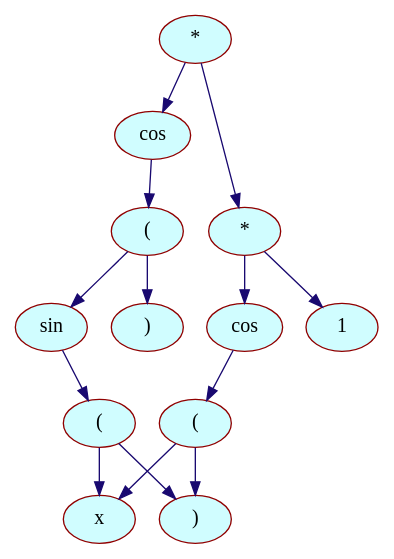
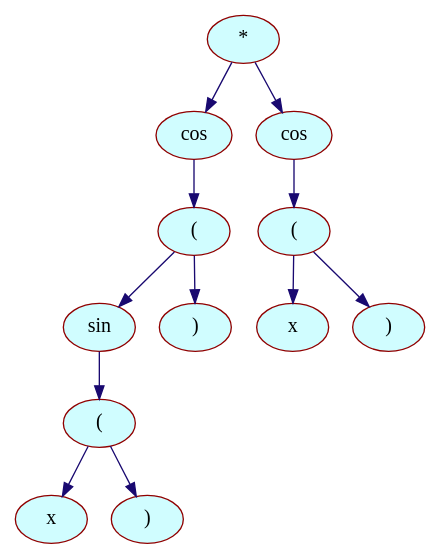
Before and after one commit to Agustangel/Differentiator: the diagram in graphdump.dot, drawn with Graphviz. The commit also changed 5 other files, not shown here.

```diff
--- a/graphdump.dot
+++ b/graphdump.dot
@@ -1,45 +1,39 @@
 digraph {
 	node[shape = "cube", color = "#800000", fontsize = 15, style = "filled", fillcolor = "#88CEFA"];
 	edge[color = "#190970", fontsize = 11];
 
-		"*_0x564a8a338ac0"[shape = "ellipse", label = "*", color="#900000",                                style="filled", fillcolor = "#D0FDFF"];
-		"*_0x564a8a338ac0"->"cos_0x564a8a338a80";
+		"*_0x5597c5eb5980"[shape = "ellipse", label = "*", color="#900000",                                style="filled", fillcolor = "#D0FDFF"];
+		"*_0x5597c5eb5980"->"cos_0x5597c5eb5940";
 
-		"cos_0x564a8a338a80"[shape = "ellipse", label = "cos", color="#900000",                                style="filled", fillcolor = "#D0FDFF"];
-		"cos_0x564a8a338a80"->"(_0x564a8a338a40";
+		"cos_0x5597c5eb5940"[shape = "ellipse", label = "cos", color="#900000",                                style="filled", fillcolor = "#D0FDFF"];
+		"cos_0x5597c5eb5940"->"(_0x5597c5eb57c0";
 
-		"(_0x564a8a338a40"[shape = "ellipse", label = "(", color="#900000",                                style="filled", fillcolor = "#D0FDFF"];
-		"(_0x564a8a338a40"->"sin_0x564a8a338540";
+		"(_0x5597c5eb57c0"[shape = "ellipse", label = "(", color="#900000",                                style="filled", fillcolor = "#D0FDFF"];
+		"(_0x5597c5eb57c0"->"sin_0x5597c5eb5800";
 
-		"sin_0x564a8a338540"[shape = "ellipse", label = "sin", color="#900000",                                style="filled", fillcolor = "#D0FDFF"];
-		"sin_0x564a8a338540"->"(_0x564a8a338500";
+		"sin_0x5597c5eb5800"[shape = "ellipse", label = "sin", color="#900000",                                style="filled", fillcolor = "#D0FDFF"];
+		"sin_0x5597c5eb5800"->"(_0x5597c5eb5840";
 
-		"(_0x564a8a338500"[shape = "ellipse", label = "(", color="#900000",                                style="filled", fillcolor = "#D0FDFF"];
-		"(_0x564a8a338500"->"x_0x564a8a338480";
+		"(_0x5597c5eb5840"[shape = "ellipse", label = "(", color="#900000",                                style="filled", fillcolor = "#D0FDFF"];
+		"(_0x5597c5eb5840"->"x_0x5597c5eb5880";
 
-		"x_0x564a8a338480"[shape = "ellipse", label = "x", color="#900000", style="filled",                            fillcolor = "#D0FDFF"];
-		"(_0x564a8a338500"->")_0x564a8a3384c0";
+		"x_0x5597c5eb5880"[shape = "ellipse", label = "x", color="#900000", style="filled",                            fillcolor = "#D0FDFF"];
+		"(_0x5597c5eb5840"->")_0x5597c5eb58c0";
 
-		")_0x564a8a3384c0"[shape = "ellipse", label = ")", color="#900000",                                style="filled", fillcolor = "#D0FDFF"];
-		"(_0x564a8a338a40"->")_0x564a8a338580";
+		")_0x5597c5eb58c0"[shape = "ellipse", label = ")", color="#900000",                                style="filled", fillcolor = "#D0FDFF"];
+		"(_0x5597c5eb57c0"->")_0x5597c5eb5900";
 
-		")_0x564a8a338580"[shape = "ellipse", label = ")", color="#900000",                                style="filled", fillcolor = "#D0FDFF"];
-		"*_0x564a8a338ac0"->"*_0x564a8a3388c0";
+		")_0x5597c5eb5900"[shape = "ellipse", label = ")", color="#900000",                                style="filled", fillcolor = "#D0FDFF"];
+		"*_0x5597c5eb5980"->"cos_0x5597c5eb5780";
 
-		"*_0x564a8a3388c0"[shape = "ellipse", label = "*", color="#900000",                                style="filled", fillcolor = "#D0FDFF"];
-		"*_0x564a8a3388c0"->"cos_0x564a8a338880";
+		"cos_0x5597c5eb5780"[shape = "ellipse", label = "cos", color="#900000",                                style="filled", fillcolor = "#D0FDFF"];
+		"cos_0x5597c5eb5780"->"(_0x5597c5eb5a00";
 
-		"cos_0x564a8a338880"[shape = "ellipse", label = "cos", color="#900000",                                style="filled", fillcolor = "#D0FDFF"];
-		"cos_0x564a8a338880"->"(_0x564a8a338840";
+		"(_0x5597c5eb5a00"[shape = "ellipse", label = "(", color="#900000",                                style="filled", fillcolor = "#D0FDFF"];
+		"(_0x5597c5eb5a00"->"x_0x5597c5eb5a40";
 
-		"(_0x564a8a338840"[shape = "ellipse", label = "(", color="#900000",                                style="filled", fillcolor = "#D0FDFF"];
-		"(_0x564a8a338840"->"x_0x564a8a338480";
+		"x_0x5597c5eb5a40"[shape = "ellipse", label = "x", color="#900000", style="filled",                            fillcolor = "#D0FDFF"];
+		"(_0x5597c5eb5a00"->")_0x5597c5eb5a80";
 
-		"x_0x564a8a338480"[shape = "ellipse", label = "x", color="#900000", style="filled",                            fillcolor = "#D0FDFF"];
-		"(_0x564a8a338840"->")_0x564a8a3384c0";
-
-		")_0x564a8a3384c0"[shape = "ellipse", label = ")", color="#900000",                                style="filled", fillcolor = "#D0FDFF"];
-		"*_0x564a8a3388c0"->"1_0x564a8a338780";
-
-		"1_0x564a8a338780"[shape = "ellipse", label = "1", color="#900000", style="filled",                            fillcolor = "#D0FDFF"];
+		")_0x5597c5eb5a80"[shape = "ellipse", label = ")", color="#900000",                                style="filled", fillcolor = "#D0FDFF"];
 }
```
